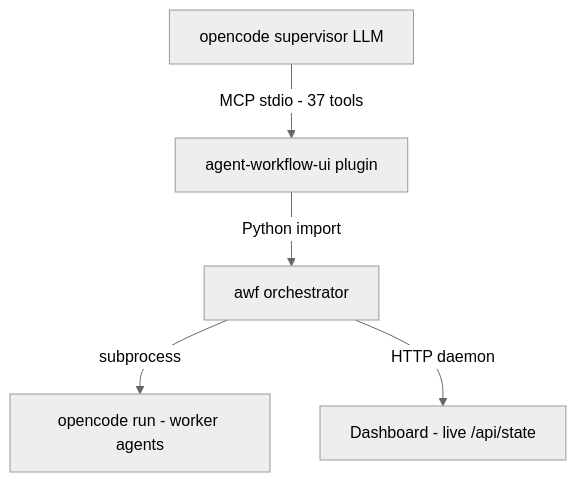
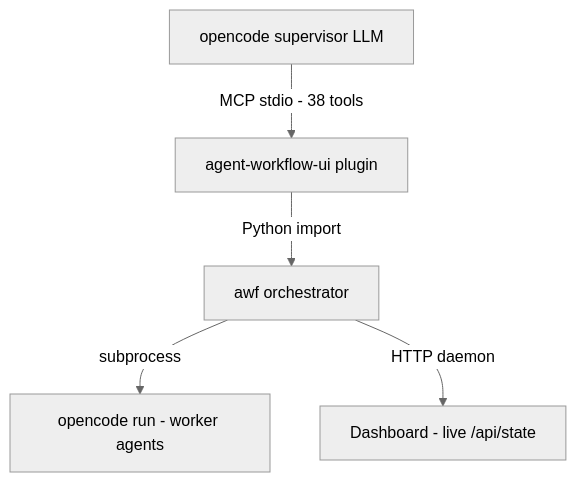
The second of 2 diagrams in README.md (EnerJizeIT/agentic-workflow), drawn with Mermaid (neutral theme) before and after one commit. The commit also changed other lines of this file and 13 other files, not shown here.

````diff
--- a/README.md
+++ b/README.md
@@ -100,7 +100,7 @@
 ```mermaid
 graph TD
-    A[opencode supervisor LLM] -->|MCP stdio - 37 tools| B[agent-workflow-ui plugin]
+    A[opencode supervisor LLM] -->|MCP stdio - 38 tools| B[agent-workflow-ui plugin]
     B -->|Python import| C[awf orchestrator]
     C -->|subprocess| D[opencode run - worker agents]
     C -->|HTTP daemon| E[Dashboard - live /api/state]
 ```
````
